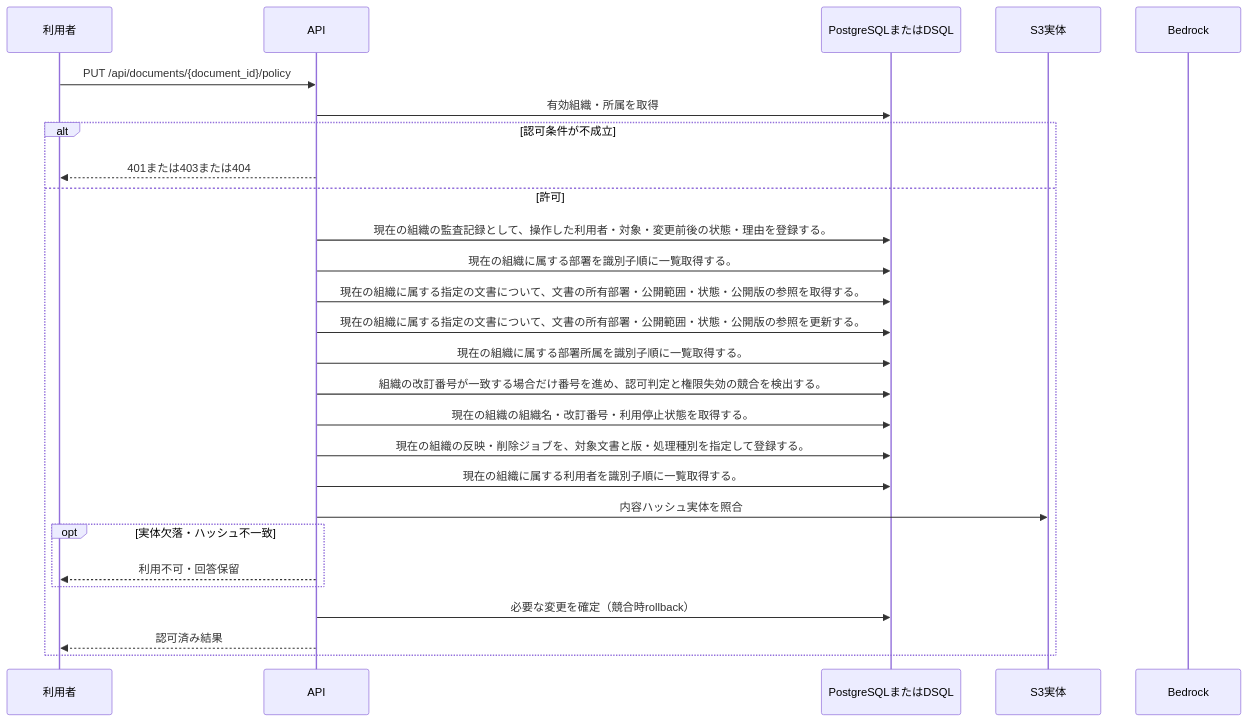
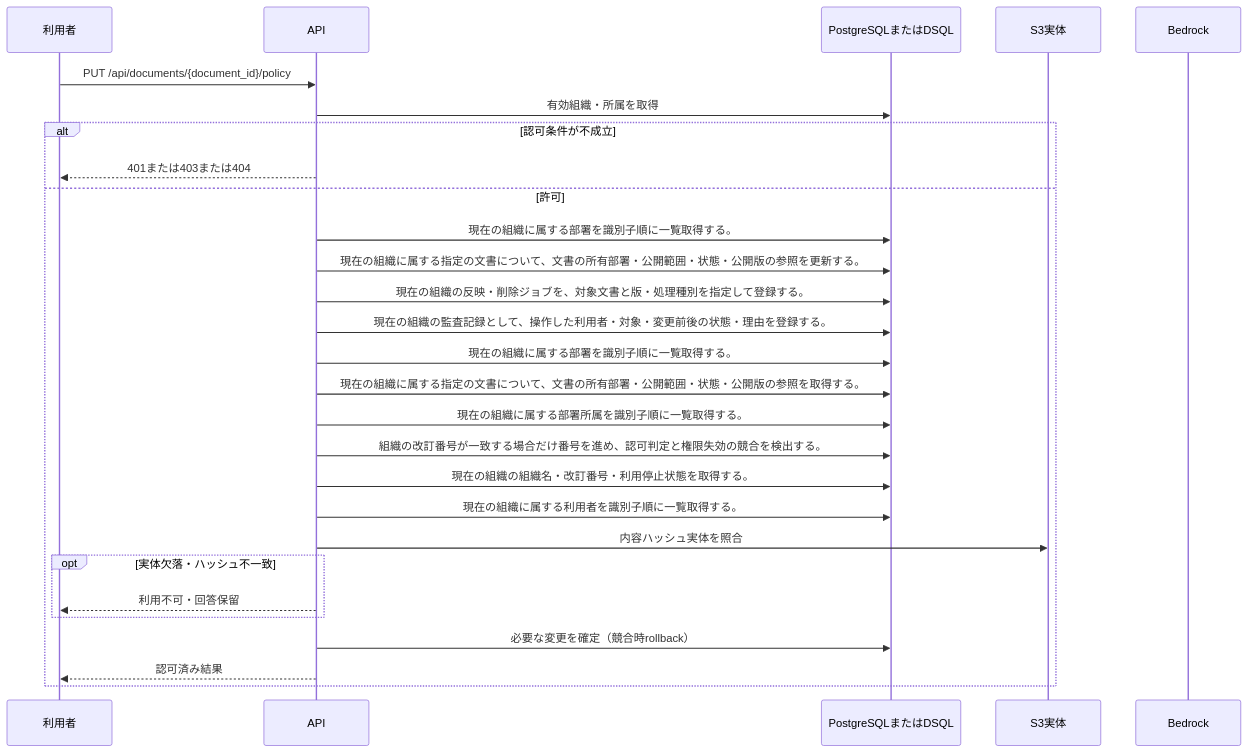
Before and after one commit to tsuji-tomonori/KotoRelay: the diagram in docs/design/generated/api/documents/change_policy/sequence.md, drawn with Mermaid. The commit also changed other lines of this file and 628 other files, not shown here.

````diff
--- a/docs/design/generated/api/documents/change_policy/sequence.md
+++ b/docs/design/generated/api/documents/change_policy/sequence.md
@@ -7,29 +7,30 @@
 ```mermaid
 sequenceDiagram
     participant U as 利用者
     participant A as API
     participant D as PostgreSQLまたはDSQL
     participant S as S3実体
     participant M as Bedrock
     U->>A: PUT /api/documents/{document_id}/policy
     A->>D: 有効組織・所属を取得
     alt 認可条件が不成立
         A-->>U: 401または403または404
     else 許可
+        A->>D: 現在の組織に属する部署を識別子順に一覧取得する。
+        A->>D: 現在の組織に属する指定の文書について、文書の所有部署・公開範囲・状態・公開版の参照を更新する。
+        A->>D: 現在の組織の反映・削除ジョブを、対象文書と版・処理種別を指定して登録する。
         A->>D: 現在の組織の監査記録として、操作した利用者・対象・変更前後の状態・理由を登録する。
         A->>D: 現在の組織に属する部署を識別子順に一覧取得する。
         A->>D: 現在の組織に属する指定の文書について、文書の所有部署・公開範囲・状態・公開版の参照を取得する。
-        A->>D: 現在の組織に属する指定の文書について、文書の所有部署・公開範囲・状態・公開版の参照を更新する。
         A->>D: 現在の組織に属する部署所属を識別子順に一覧取得する。
         A->>D: 組織の改訂番号が一致する場合だけ番号を進め、認可判定と権限失効の競合を検出する。
         A->>D: 現在の組織の組織名・改訂番号・利用停止状態を取得する。
-        A->>D: 現在の組織の反映・削除ジョブを、対象文書と版・処理種別を指定して登録する。
         A->>D: 現在の組織に属する利用者を識別子順に一覧取得する。
         A->>S: 内容ハッシュ実体を照合
         opt 実体欠落・ハッシュ不一致
             A-->>U: 利用不可・回答保留
         end
         A->>D: 必要な変更を確定（競合時rollback）
         A-->>U: 認可済み結果
     end
 ```
````
